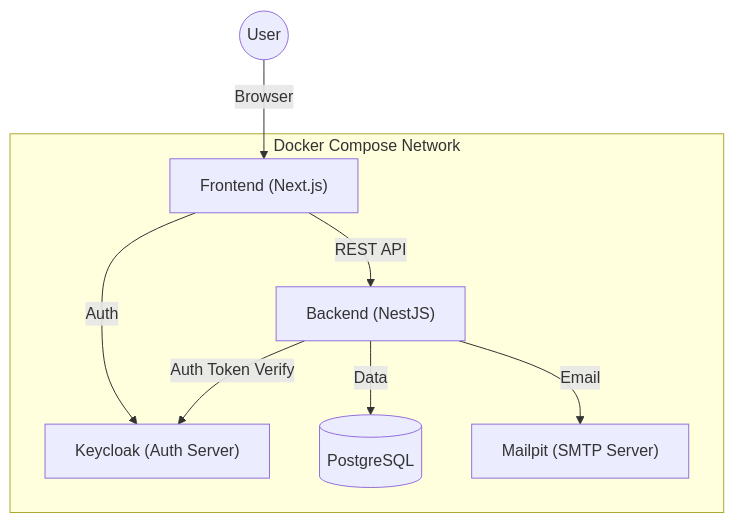
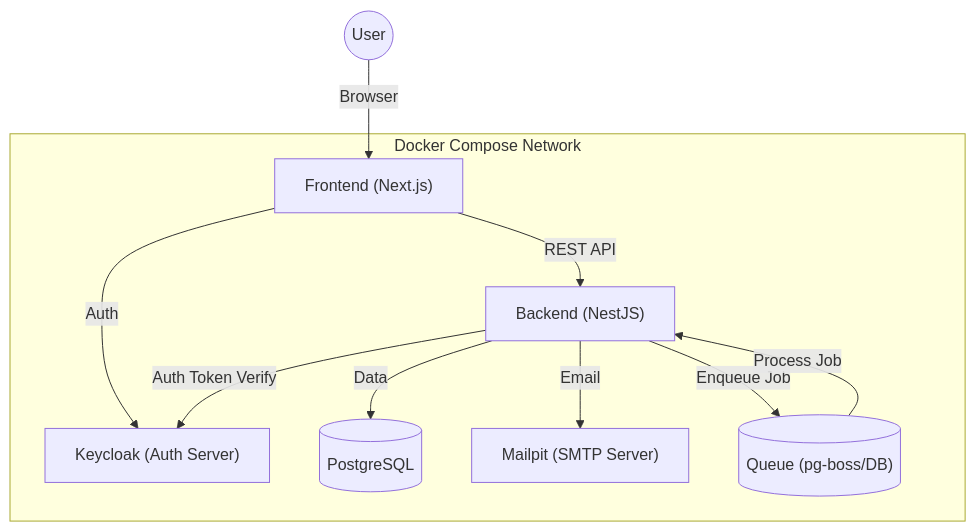
The diagram in README.md (kenichi-33/flow-craft), drawn with Mermaid before and after one commit. The commit also changed 23 other files, not shown here.

````diff
--- a/README.md
+++ b/README.md
@@ -17,17 +17,20 @@
 ```mermaid
 graph TD
     User((User)) -->|Browser| Frontend["Frontend (Next.js)"]
     Frontend -->|REST API| Backend["Backend (NestJS)"]
     Frontend -->|Auth| Keycloak["Keycloak (Auth Server)"]
     Backend -->|Auth Token Verify| Keycloak
     Backend -->|Data| DB[("PostgreSQL")]
     Backend -->|Email| Mailpit["Mailpit (SMTP Server)"]
+    Backend -->|Enqueue Job| Queue[("Queue (pg-boss/DB)")]
+    Queue -->|Process Job| Backend
     
     subgraph Docker [Docker Compose Network]
         Frontend
         Backend
         Keycloak
         DB
         Mailpit
+        Queue
     end
 ```
````
